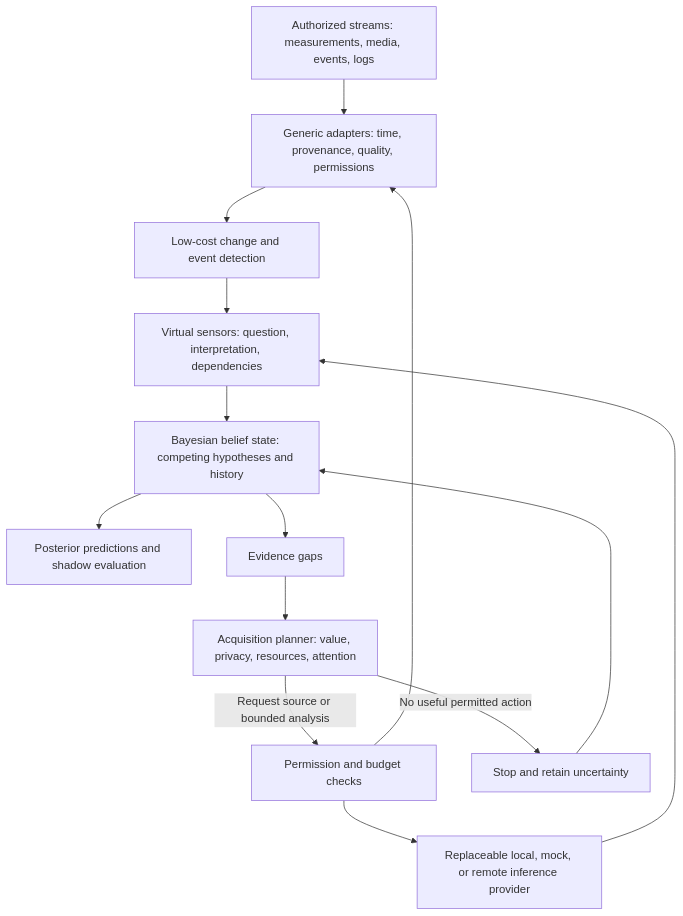
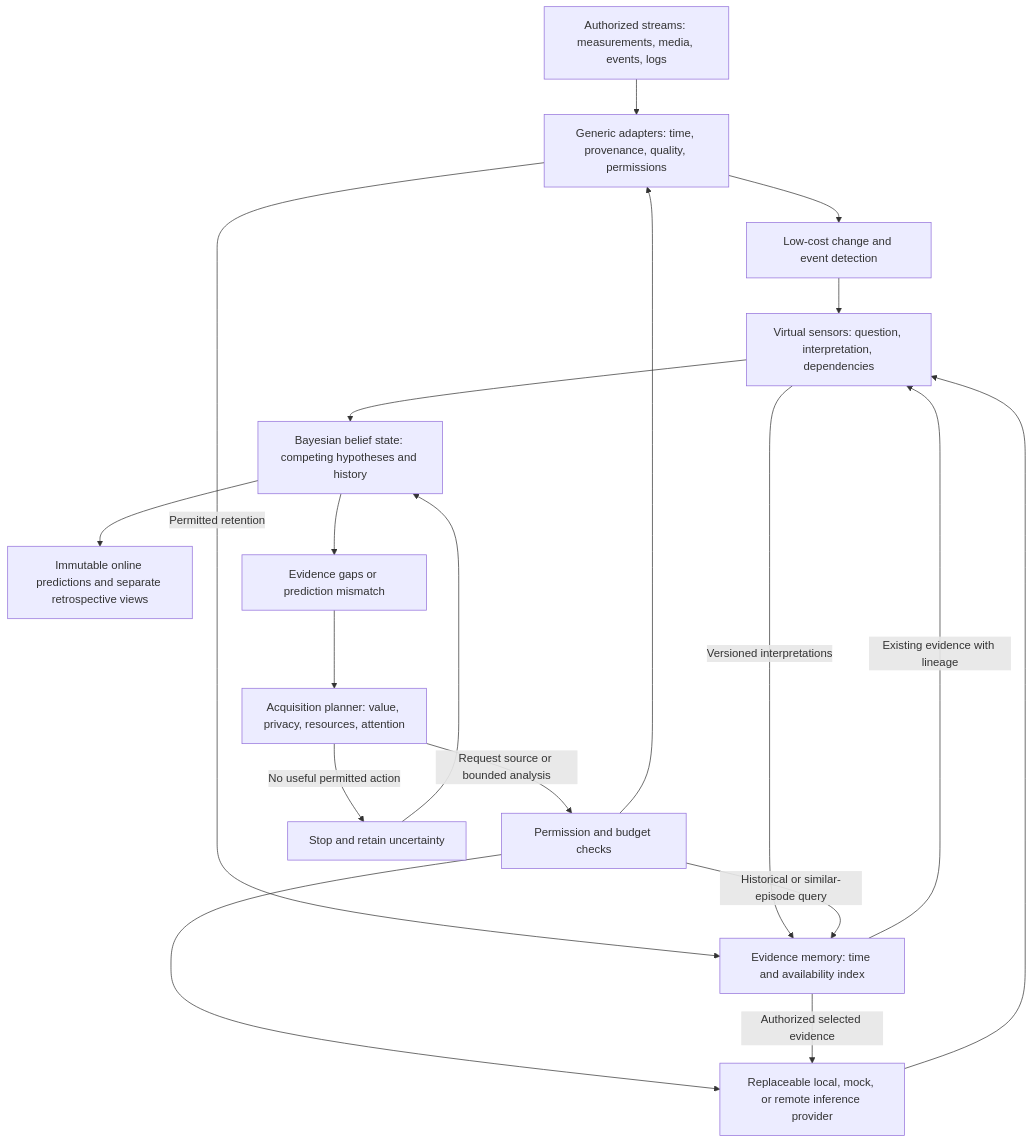
The diagram in docs/architecture/SYSTEM.md (thebookoftheway3/project-live), drawn with Mermaid before and after one commit. The commit also changed other lines of this file and 7 other files, not shown here.

````diff
--- a/docs/architecture/SYSTEM.md
+++ b/docs/architecture/SYSTEM.md
@@ -9,16 +11,21 @@
 ```mermaid
 flowchart TD
     A[Authorized streams: measurements, media, events, logs] --> B[Generic adapters: time, provenance, quality, permissions]
     B --> C[Low-cost change and event detection]
     C --> D[Virtual sensors: question, interpretation, dependencies]
     D --> E[Bayesian belief state: competing hypotheses and history]
-    E --> F[Posterior predictions and shadow evaluation]
-    E --> G[Evidence gaps]
+    E --> F[Immutable online predictions and separate retrospective views]
+    E --> G[Evidence gaps or prediction mismatch]
     G --> H[Acquisition planner: value, privacy, resources, attention]
     H -->|Request source or bounded analysis| I[Permission and budget checks]
     I --> B
     I --> J[Replaceable local, mock, or remote inference provider]
     J --> D
+    B -->|Permitted retention| M[Evidence memory: time and availability index]
+    D -->|Versioned interpretations| M
+    I -->|Historical or similar-episode query| M
+    M -->|Authorized selected evidence| J
+    M -->|Existing evidence with lineage| D
     H -->|No useful permitted action| K[Stop and retain uncertainty]
     K --> E
 ```
````
